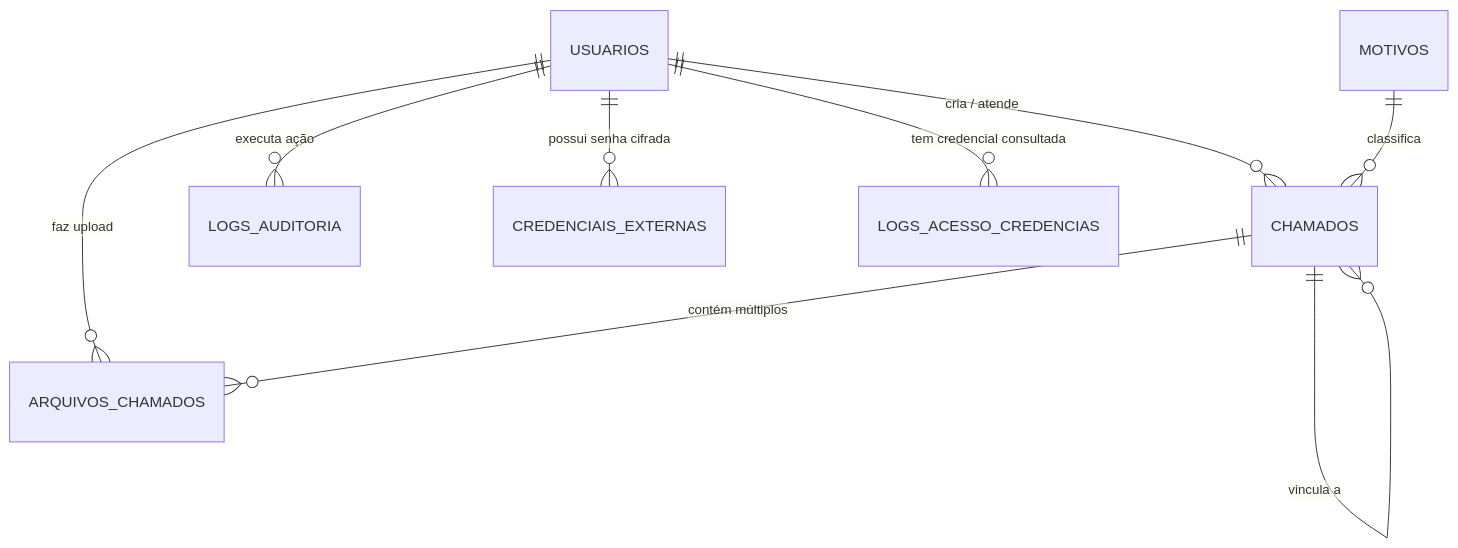
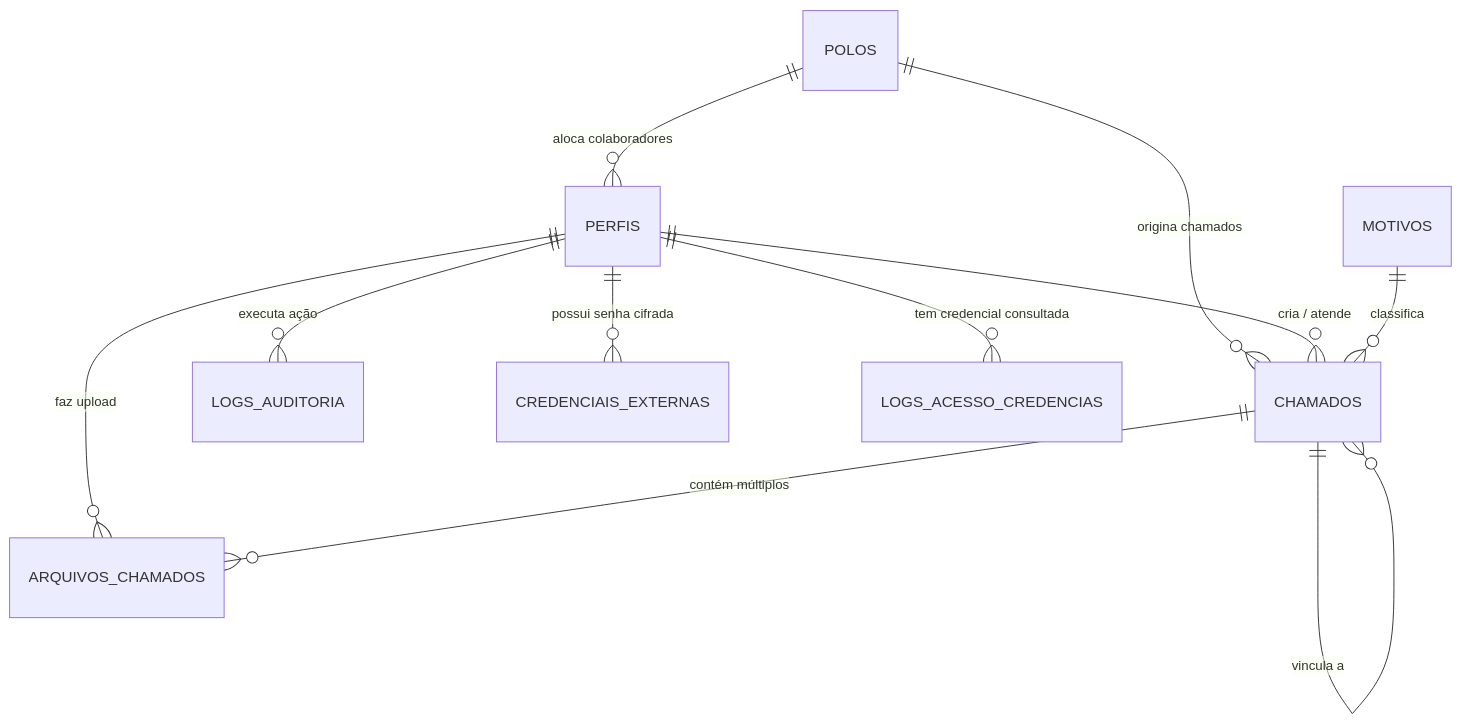
The second of 2 diagrams in DOCUMENTACAO.md (Bramachado/chamado-unopar), drawn with Mermaid before and after one commit. The commit also changed other lines of this file and 41 other files, not shown here.

````diff
--- a/DOCUMENTACAO.md
+++ b/DOCUMENTACAO.md
@@ -49,11 +51,13 @@
 ```mermaid
 erDiagram
-    USUARIOS ||--o{ CHAMADOS : "cria / atende"
-    USUARIOS ||--o{ ARQUIVOS_CHAMADOS : "faz upload"
-    USUARIOS ||--o{ LOGS_AUDITORIA : "executa ação"
-    USUARIOS ||--o{ CREDENCIAIS_EXTERNAS : "possui senha cifrada"
-    USUARIOS ||--o{ LOGS_ACESSO_CREDENCIAS : "tem credencial consultada"
+    POLOS ||--o{ PERFIS : "aloca colaboradores"
+    POLOS ||--o{ CHAMADOS : "origina chamados"
+    PERFIS ||--o{ CHAMADOS : "cria / atende"
+    PERFIS ||--o{ ARQUIVOS_CHAMADOS : "faz upload"
+    PERFIS ||--o{ LOGS_AUDITORIA : "executa ação"
+    PERFIS ||--o{ CREDENCIAIS_EXTERNAS : "possui senha cifrada"
+    PERFIS ||--o{ LOGS_ACESSO_CREDENCIAS : "tem credencial consultada"
     MOTIVOS ||--o{ CHAMADOS : "classifica"
     CHAMADOS ||--o{ ARQUIVOS_CHAMADOS : "contém múltiplos"
     CHAMADOS ||--o{ CHAMADOS : "vincula a"
 ```
````
